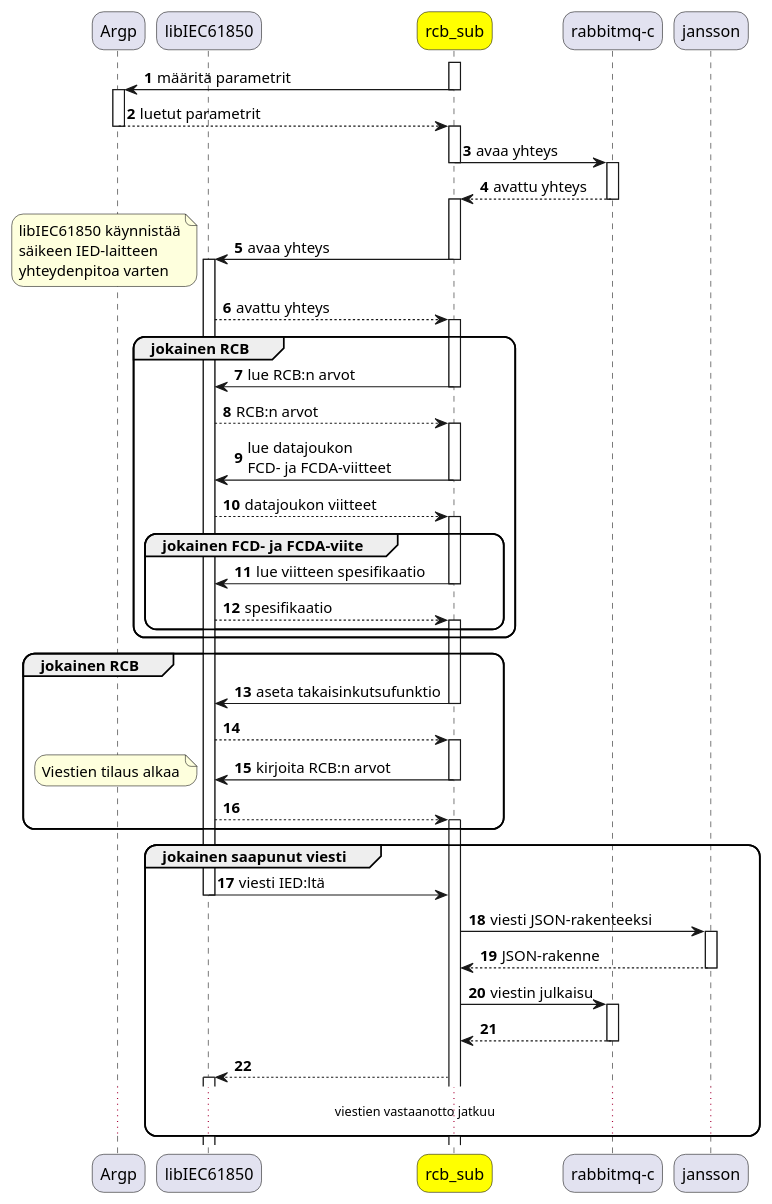
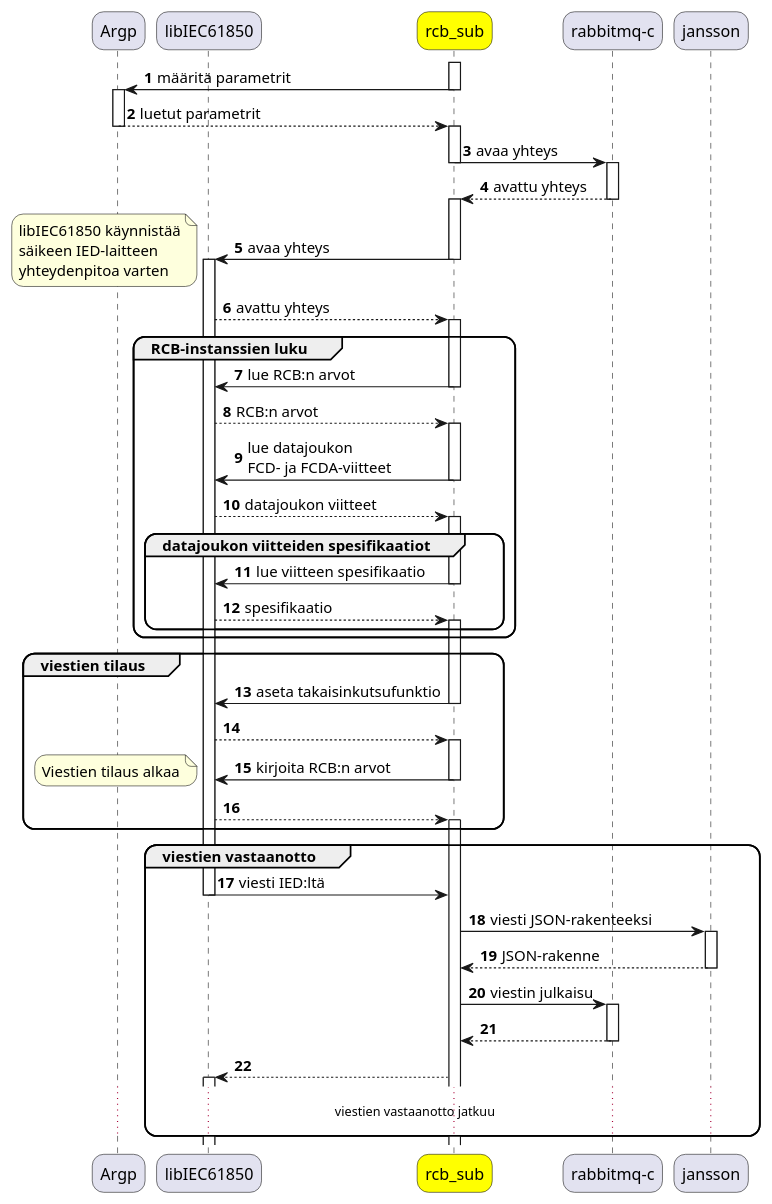
One commit to Kazhuu/tut_master_thesis changed the diagram in uml/rcb-sub-general-sd.puml. Above: the diagram before and after it, drawn with PlantUML. The commit also changed 13 other files, not shown here.

Commit message:
uml fixes

```diff
--- a/uml/rcb-sub-general-sd.puml
+++ b/uml/rcb-sub-general-sd.puml
@@ -1,79 +1,79 @@
 @startuml
 autonumber
 
 skinparam roundcorner 20
 
 participant "Argp" as argp
 participant "libIEC61850" as libiec
 participant "rcb_sub" as rcbsub #Yellow
 participant "rabbitmq-c" as mqc
 participant "jansson" as jansson
 
 activate rcbsub
 rcbsub -> argp : määritä parametrit
 deactivate rcbsub
 activate argp
 argp --> rcbsub : luetut parametrit
 deactivate argp
 activate rcbsub
 rcbsub -> mqc : avaa yhteys
 deactivate rcbsub
 activate mqc
 mqc --> rcbsub : avattu yhteys
 deactivate mqc
 activate rcbsub
 rcbsub -> libiec : avaa yhteys
 deactivate rcbsub
 activate libiec
 note left
 	libIEC61850 käynnistää
 	säikeen IED-laitteen
 	yhteydenpitoa varten
 end note
 libiec --> rcbsub : avattu yhteys
 activate rcbsub
-group jokainen RCB
+group RCB-instanssien luku
 	rcbsub -> libiec : lue RCB:n arvot
 	deactivate rcbsub
 	libiec --> rcbsub : RCB:n arvot
 	activate rcbsub
 	rcbsub -> libiec : lue datajoukon\nFCD- ja FCDA-viitteet
 	deactivate rcbsub
 	libiec --> rcbsub : datajoukon viitteet
 	activate rcbsub
-	group jokainen FCD- ja FCDA-viite
+	group datajoukon viitteiden spesifikaatiot
 		rcbsub -> libiec : lue viitteen spesifikaatio
 		deactivate rcbsub
 		libiec --> rcbsub : spesifikaatio
 		activate rcbsub
 	end
 end
-group jokainen RCB
+group viestien tilaus
 	rcbsub -> libiec : aseta takaisinkutsufunktio
 	deactivate rcbsub
 	libiec --> rcbsub
 	activate rcbsub
 	rcbsub -> libiec : kirjoita RCB:n arvot
 	deactivate rcbsub
 	note left
 		Viestien tilaus alkaa
 	end note
 	libiec --> rcbsub
 	activate rcbsub
 end
-group jokainen saapunut viesti
+group viestien vastaanotto
 	libiec -> rcbsub : viesti IED:ltä
 	deactivate libiec
 	rcbsub -> jansson : viesti JSON-rakenteeksi
 	activate jansson
 	jansson --> rcbsub : JSON-rakenne
 	deactivate jansson
 	rcbsub -> mqc : viestin julkaisu
 	activate mqc
 	mqc --> rcbsub
 	deactivate mqc
 	rcbsub --> libiec
 	activate libiec
 	... viestien vastaanotto jatkuu ...
 end
 @enduml
```
